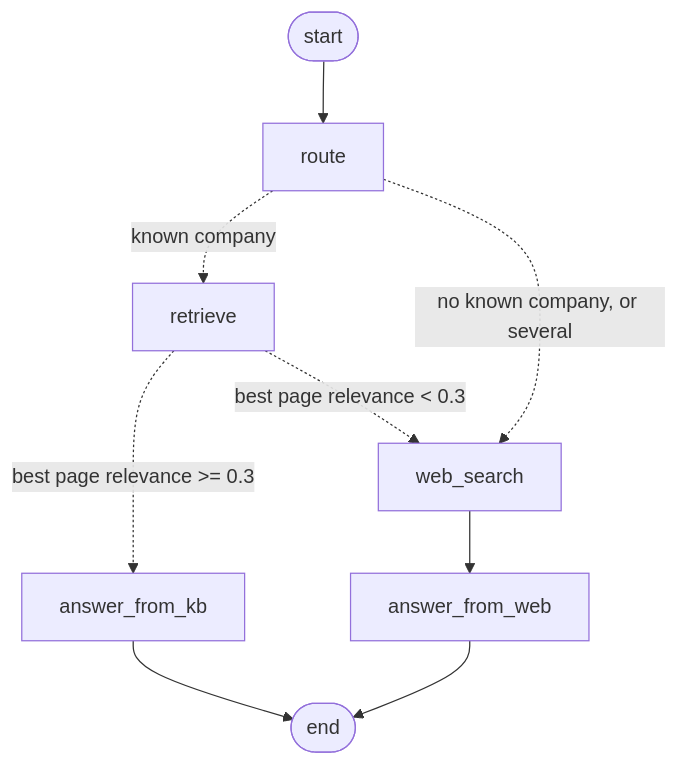
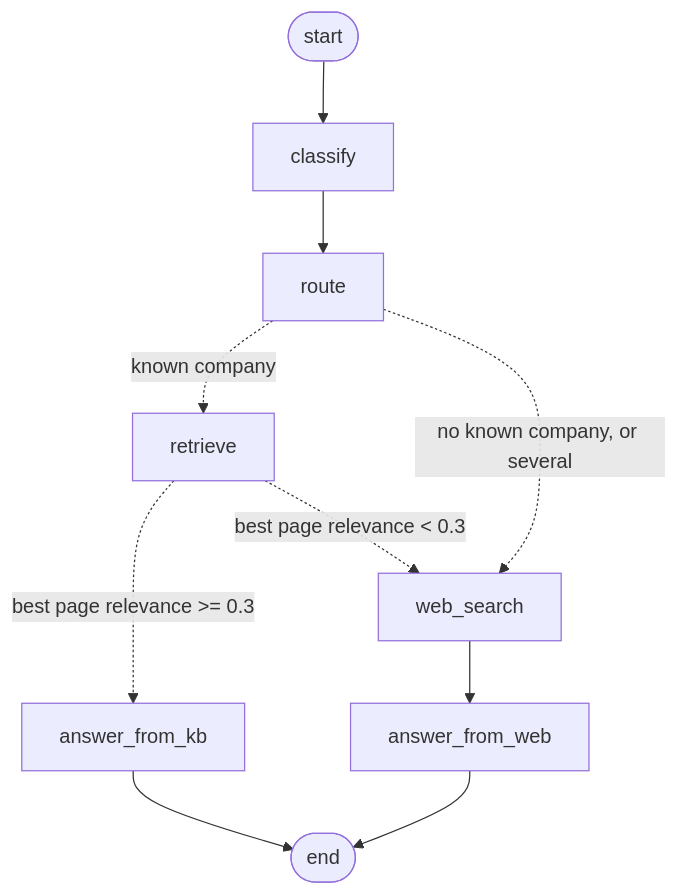
Before and after one commit to sheri-z/rag-demo: the diagram in README.md, drawn with Mermaid. The commit also changed other lines of this file and 2 other files, not shown here.

````diff
--- a/README.md
+++ b/README.md
@@ -276,11 +276,12 @@
 ```mermaid
 graph TD;
-  START([start]) --> route
+  START([start]) --> classify
+  classify --> route
   route -.->|known company| retrieve
   route -.->|no known company, or several| web_search
   retrieve -.->|best page relevance >= 0.3| answer_from_kb
   retrieve -.->|best page relevance < 0.3| web_search
   web_search --> answer_from_web
   answer_from_kb --> END([end])
   answer_from_web --> END
 ```
````
